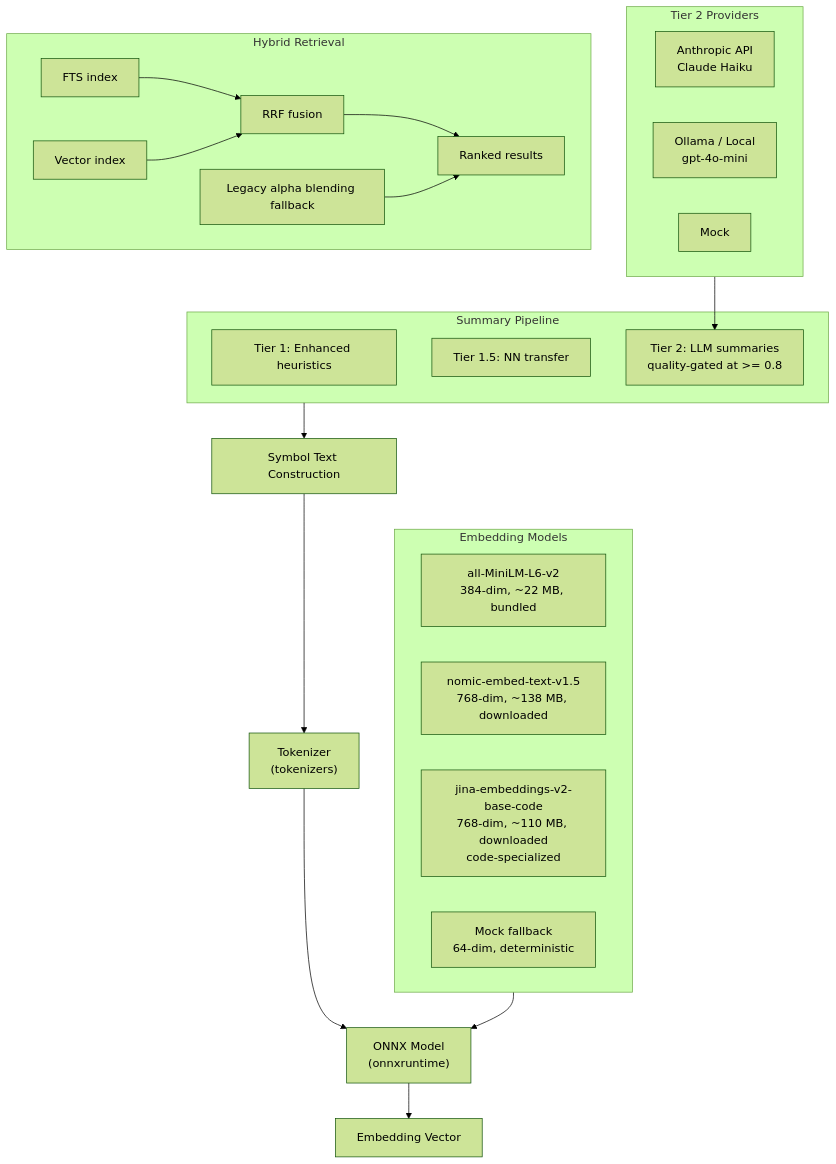
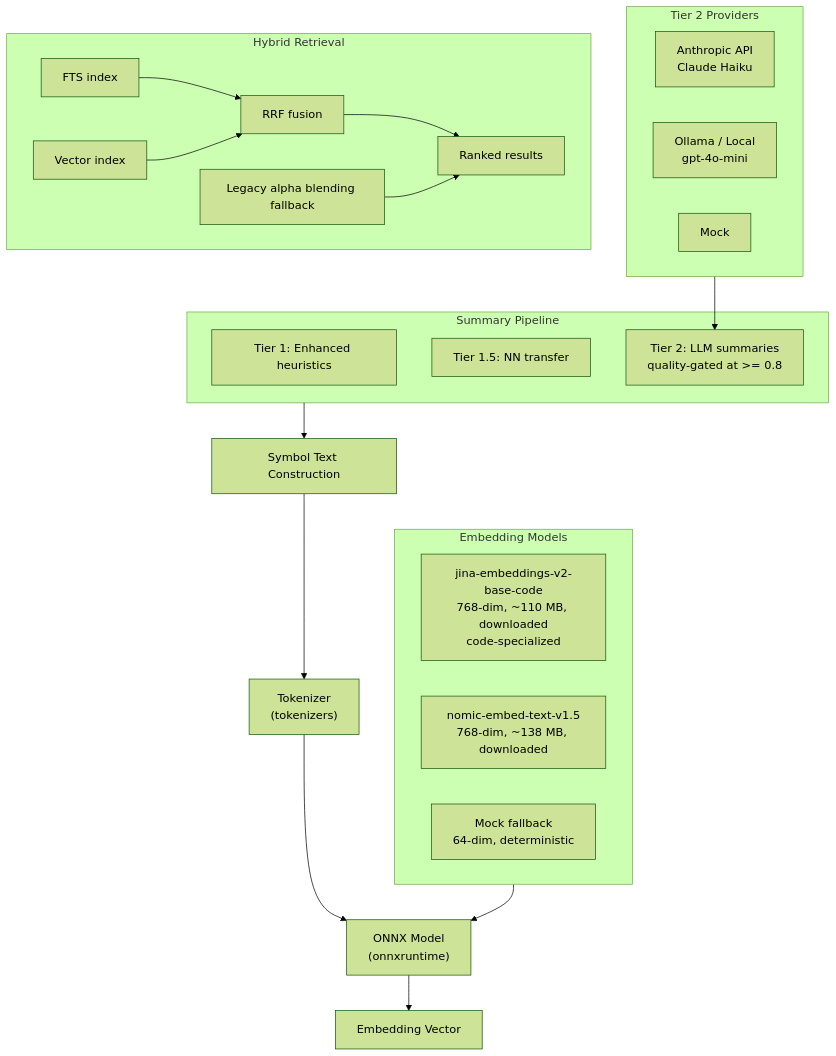
Before and after one commit to GlitterKill/sdl-mcp: the first of 3 diagrams in docs/feature-deep-dives/semantic-embeddings-setup.md, drawn with Mermaid (forest theme). The commit also changed other lines of this file and 111 other files, not shown here.

First line of the commit message:
feat: replace all-MiniLM-L6-v2 with jina-embeddings-v2-base-code as default embedding model

````diff
--- a/docs/feature-deep-dives/semantic-embeddings-setup.md
+++ b/docs/feature-deep-dives/semantic-embeddings-setup.md
@@ -13,34 +13,34 @@
 ```mermaid
 flowchart TD
     Text["Symbol Text Construction"] --> Tokenizer["Tokenizer<br/>(tokenizers)"] --> Onnx["ONNX Model<br/>(onnxruntime)"] --> Vector["Embedding Vector"]
 
     subgraph Models["Embedding Models"]
-        MiniLM["all-MiniLM-L6-v2<br/>384-dim, ~22 MB, bundled"]
+        Jina["jina-embeddings-v2-base-code<br/>768-dim, ~110 MB, bundled"]
         Nomic["nomic-embed-text-v1.5<br/>768-dim, ~138 MB, downloaded"]
         Jina["jina-embeddings-v2-base-code<br/>768-dim, ~110 MB, downloaded<br/>code-specialized"]
         Mock["Mock fallback<br/>64-dim, deterministic"]
     end
 
     subgraph Summary["Summary Pipeline"]
         Tier1["Tier 1: Enhanced heuristics"]
         Tier15["Tier 1.5: NN transfer"]
         Tier2["Tier 2: LLM summaries<br/>quality-gated at >= 0.8"]
     end
 
     subgraph Providers["Tier 2 Providers"]
         Anthropic["Anthropic API<br/>Claude Haiku"]
         Ollama["Ollama / Local<br/>gpt-4o-mini"]
         MockProvider["Mock"]
     end
 
     subgraph Retrieval["Hybrid Retrieval"]
         FTS["FTS index"] --> RRF["RRF fusion"]
         VecIndex["Vector index"] --> RRF
         RRF --> Results["Ranked results"]
         Fallback["Legacy alpha blending fallback"] --> Results
     end
 
     Models --> Onnx
     Summary --> Text
     Providers --> Tier2
 ```
````
